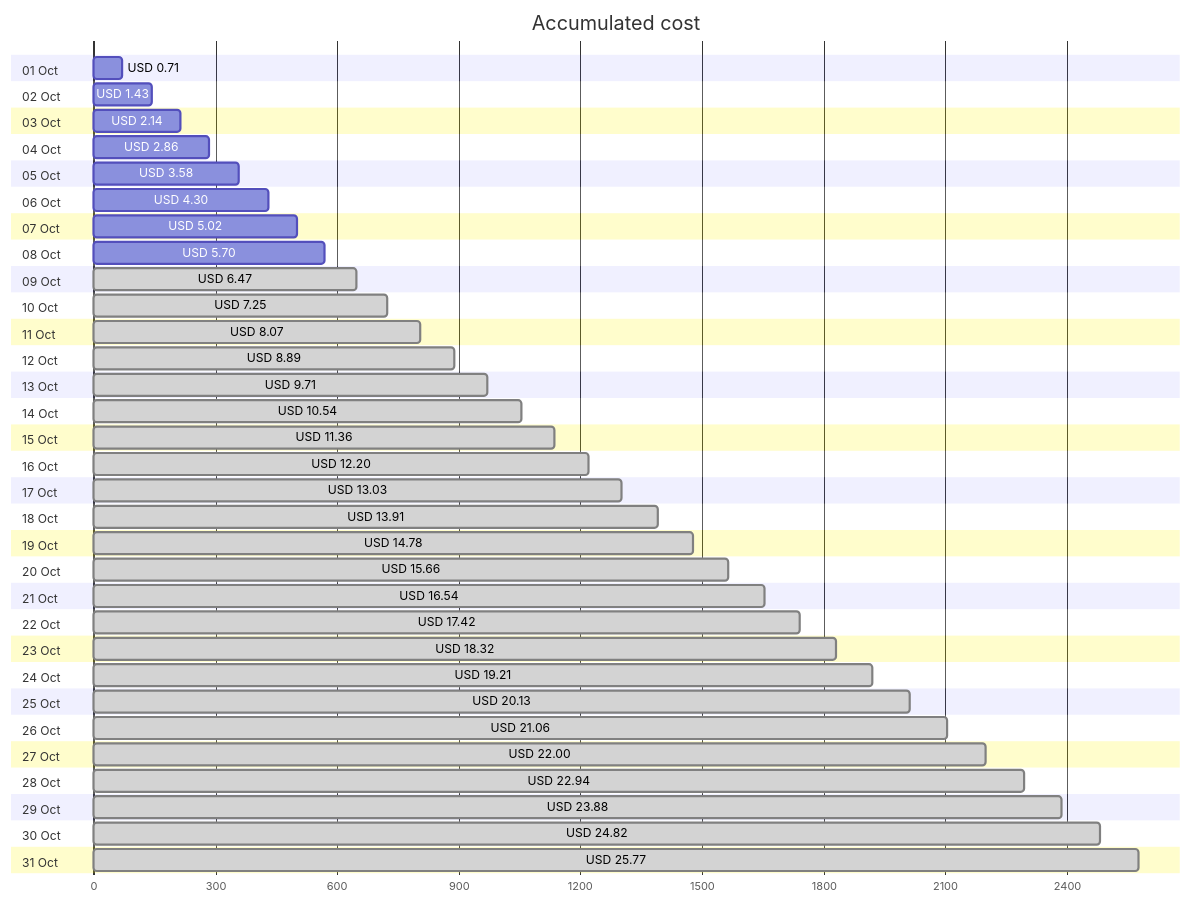
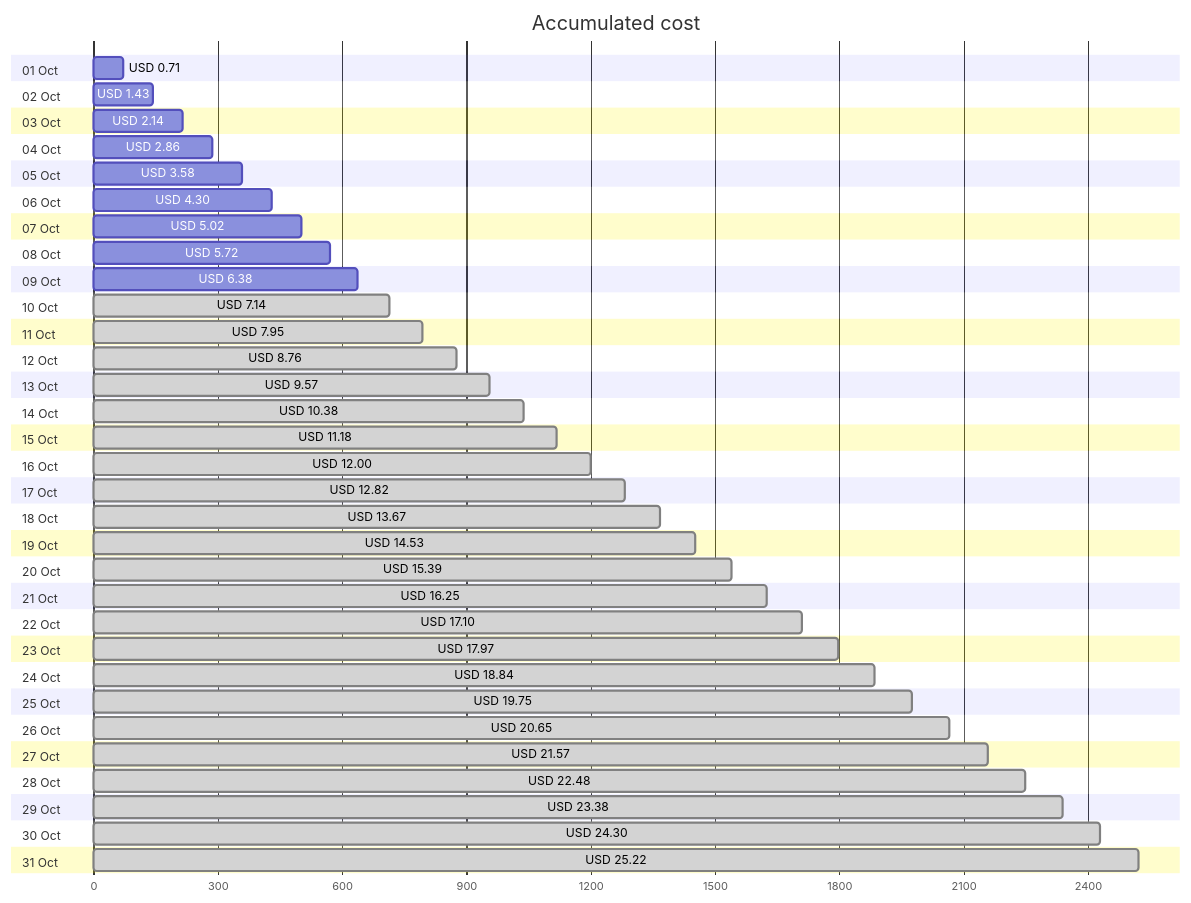
One commit to jpfulton/azure-personal-reports changed the first of 4 diagrams in cost-reports/personal-network/backup-server-data-disk.md. Above: the diagram before and after it, drawn with Mermaid. The commit also changed other lines of this file and 8 other files, not shown here.

````diff
--- a/cost-reports/personal-network/backup-server-data-disk.md
+++ b/cost-reports/personal-network/backup-server-data-disk.md
@@ -20,68 +20,68 @@
 ```mermaid
 gantt
    title Accumulated cost
    dateFormat  X
    axisFormat %s
    section 01 Oct
    USD 0.71 :0, 71
    section 02 Oct
    USD 1.43 :0, 143
    section 03 Oct
    USD 2.14 :0, 214
    section 04 Oct
    USD 2.86 :0, 286
    section 05 Oct
    USD 3.58 :0, 358
    section 06 Oct
    USD 4.30 :0, 430
    section 07 Oct
    USD 5.02 :0, 502
    section 08 Oct
-   USD 5.70 :0, 570
+   USD 5.72 :0, 572
    section 09 Oct
-   USD 6.47 : done, 0, 647
+   USD 6.38 :0, 638
    section 10 Oct
-   USD 7.25 : done, 0, 725
+   USD 7.14 : done, 0, 714
    section 11 Oct
-   USD 8.07 : done, 0, 807
+   USD 7.95 : done, 0, 795
    section 12 Oct
-   USD 8.89 : done, 0, 889
+   USD 8.76 : done, 0, 876
    section 13 Oct
-   USD 9.71 : done, 0, 971
+   USD 9.57 : done, 0, 957
    section 14 Oct
-   USD 10.54 : done, 0, 1054
+   USD 10.38 : done, 0, 1038
    section 15 Oct
-   USD 11.36 : done, 0, 1136
+   USD 11.18 : done, 0, 1118
    section 16 Oct
-   USD 12.20 : done, 0, 1220
+   USD 12.00 : done, 0, 1200
    section 17 Oct
-   USD 13.03 : done, 0, 1303
+   USD 12.82 : done, 0, 1282
    section 18 Oct
-   USD 13.91 : done, 0, 1391
+   USD 13.67 : done, 0, 1367
    section 19 Oct
-   USD 14.78 : done, 0, 1478
+   USD 14.53 : done, 0, 1453
    section 20 Oct
-   USD 15.66 : done, 0, 1566
+   USD 15.39 : done, 0, 1539
    section 21 Oct
-   USD 16.54 : done, 0, 1654
+   USD 16.25 : done, 0, 1625
    section 22 Oct
-   USD 17.42 : done, 0, 1742
+   USD 17.10 : done, 0, 1710
    section 23 Oct
-   USD 18.32 : done, 0, 1832
+   USD 17.97 : done, 0, 1797
    section 24 Oct
-   USD 19.21 : done, 0, 1921
+   USD 18.84 : done, 0, 1884
    section 25 Oct
-   USD 20.13 : done, 0, 2013
+   USD 19.75 : done, 0, 1975
    section 26 Oct
-   USD 21.06 : done, 0, 2106
+   USD 20.65 : done, 0, 2065
    section 27 Oct
-   USD 22.00 : done, 0, 2200
+   USD 21.57 : done, 0, 2157
    section 28 Oct
-   USD 22.94 : done, 0, 2294
+   USD 22.48 : done, 0, 2248
    section 29 Oct
-   USD 23.88 : done, 0, 2388
+   USD 23.38 : done, 0, 2338
    section 30 Oct
-   USD 24.82 : done, 0, 2482
+   USD 24.30 : done, 0, 2430
    section 31 Oct
-   USD 25.77 : done, 0, 2577
+   USD 25.22 : done, 0, 2522
 ```
````
